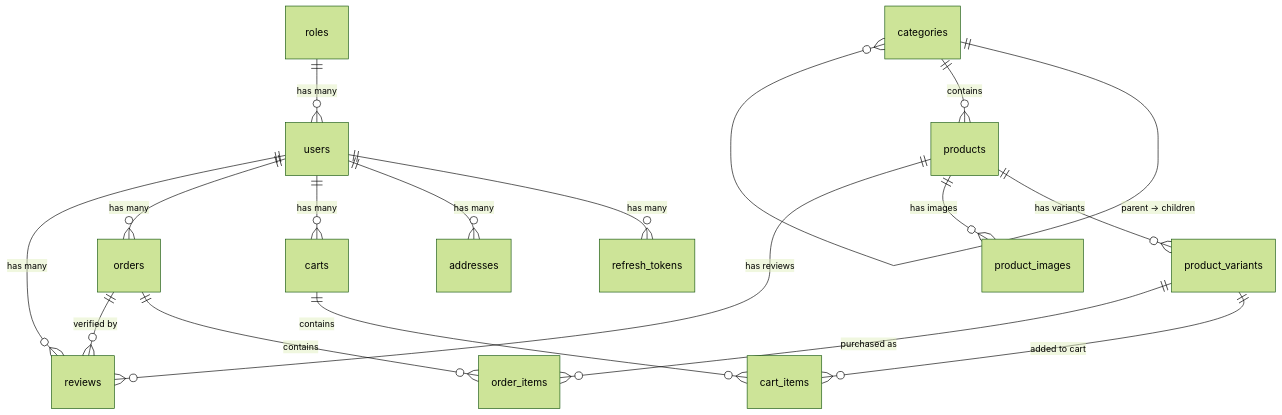
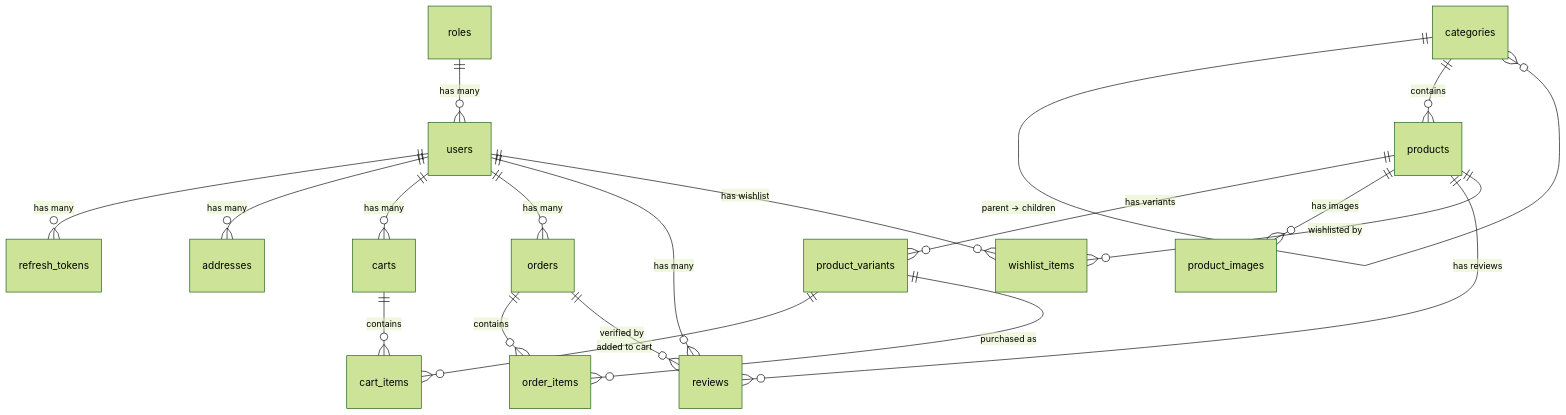
Before and after one commit to Hy-Khang/E-commerce-shop-Amazon-: the diagram in share-docs/DATABASE.md, drawn with Mermaid (forest theme). The commit also changed other lines of this file and 18 other files, not shown here.

````diff
--- a/share-docs/DATABASE.md
+++ b/share-docs/DATABASE.md
@@ -221,23 +238,26 @@
 ```mermaid
 erDiagram
     roles ||--o{ users : "has many"
     users ||--o{ refresh_tokens : "has many"
     users ||--o{ addresses : "has many"
     users ||--o{ carts : "has many"
     users ||--o{ orders : "has many"
     users ||--o{ reviews : "has many"
 
     categories ||--o{ categories : "parent → children"
     categories ||--o{ products : "contains"
 
     products ||--o{ product_variants : "has variants"
     products ||--o{ product_images : "has images"
     products ||--o{ reviews : "has reviews"
+    products ||--o{ wishlist_items : "wishlisted by"
+
+    users ||--o{ wishlist_items : "has wishlist"
 
     product_variants ||--o{ cart_items : "added to cart"
     product_variants ||--o{ order_items : "purchased as"
 
     carts ||--o{ cart_items : "contains"
     orders ||--o{ order_items : "contains"
     orders ||--o{ reviews : "verified by"
 ```
````
